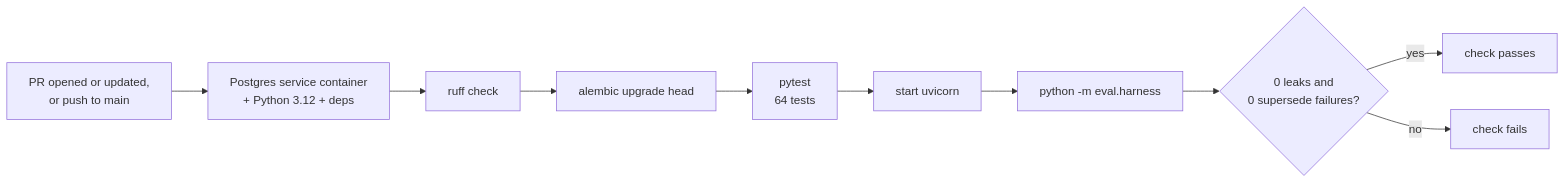
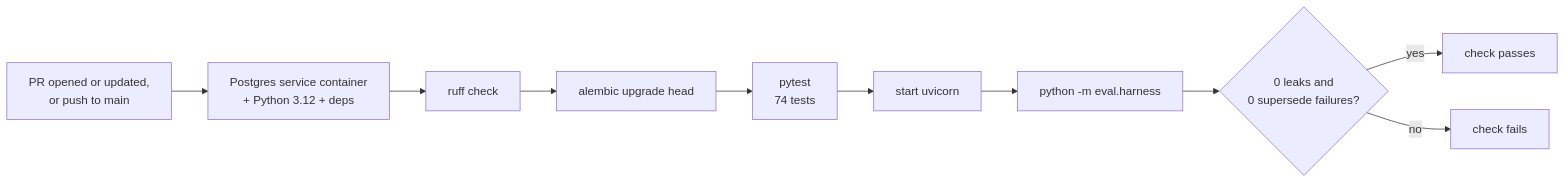
One commit to ZiadHendawy/mutable changed the tenth of 10 diagrams in README.md. Above: the diagram before and after it, drawn with Mermaid. The commit also changed other lines of this file and 6 other files, not shown here.

````diff
--- a/README.md
+++ b/README.md
@@ -429,12 +430,12 @@
 ```mermaid
 flowchart LR
     trig["PR opened or updated,<br/>or push to main"] --> setup["Postgres service container<br/>+ Python 3.12 + deps"]
     setup --> lint["ruff check"]
     lint --> mig["alembic upgrade head"]
-    mig --> test["pytest<br/>64 tests"]
+    mig --> test["pytest<br/>74 tests"]
     test --> up["start uvicorn"]
     up --> ev["python -m eval.harness"]
     ev --> gate{"0 leaks and<br/>0 supersede failures?"}
     gate -- yes --> ok["check passes"]
     gate -- no --> bad["check fails"]
 ```
````
